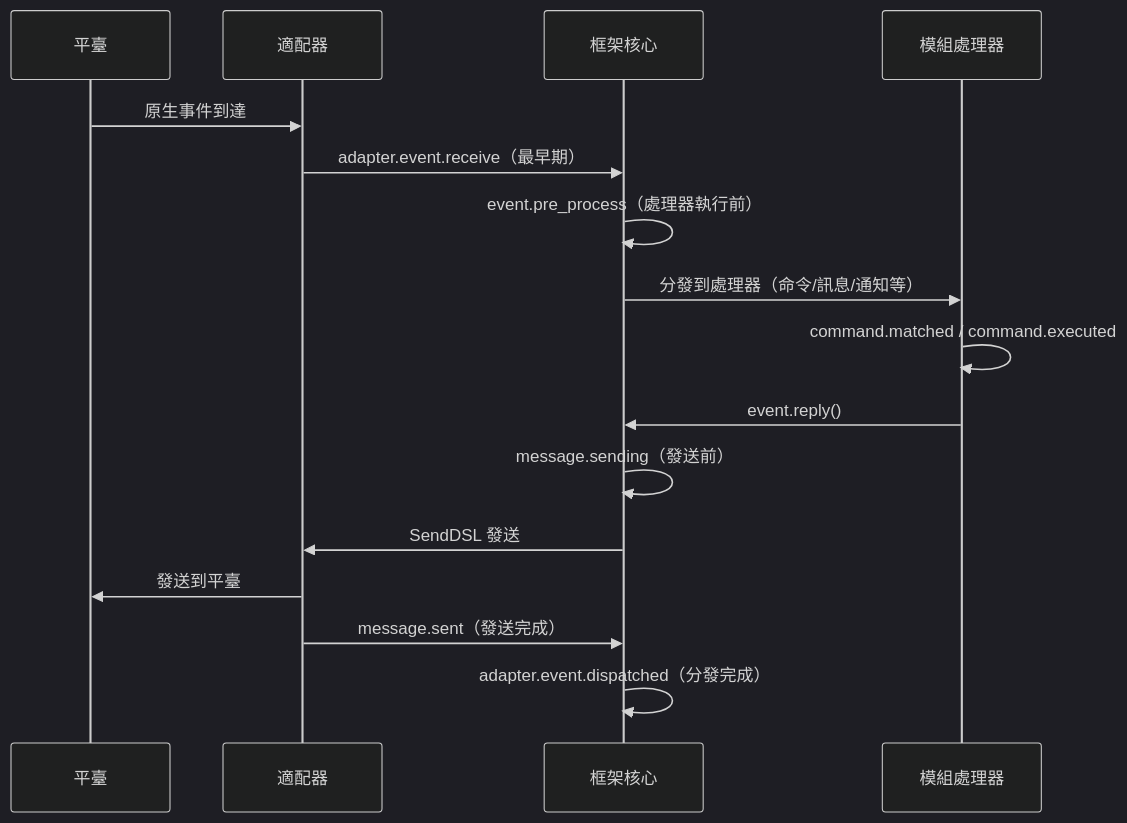
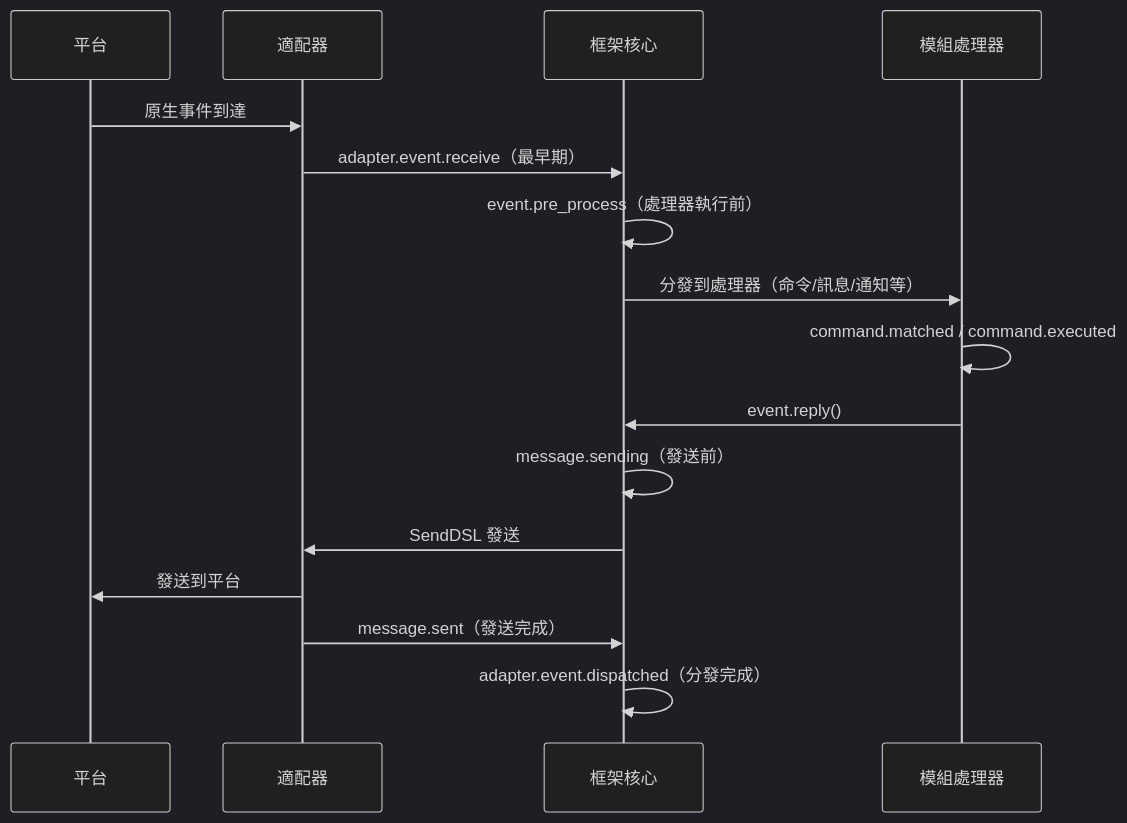
The diagram in docs/zh-TW/advanced/lifecycle.md (ErisPulse/ErisPulse), drawn with Mermaid (dark theme) before and after one commit. The commit also changed other lines of this file and 40 other files, not shown here.

````diff
--- a/docs/zh-TW/advanced/lifecycle.md
+++ b/docs/zh-TW/advanced/lifecycle.md
@@ -134,19 +133,19 @@
 ```mermaid
 sequenceDiagram
-    participant P as 平臺
+    participant P as 平台
     participant A as 適配器
     participant F as 框架核心
     participant M as 模組處理器
 
     P->>A: 原生事件到達
     A->>F: adapter.event.receive（最早期）
     F->>F: event.pre_process（處理器執行前）
     F->>M: 分發到處理器（命令/訊息/通知等）
     M->>M: command.matched / command.executed
     M->>F: event.reply()
     F->>F: message.sending（發送前）
     F->>A: SendDSL 發送
-    A->>P: 發送到平臺
+    A->>P: 發送到平台
     A->>F: message.sent（發送完成）
     F->>F: adapter.event.dispatched（分發完成）
 ```
````
